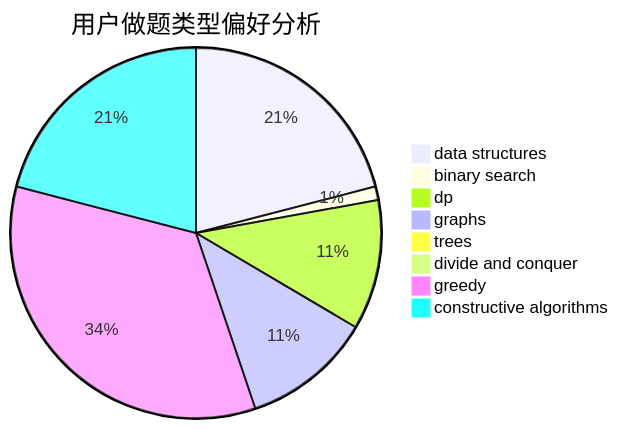
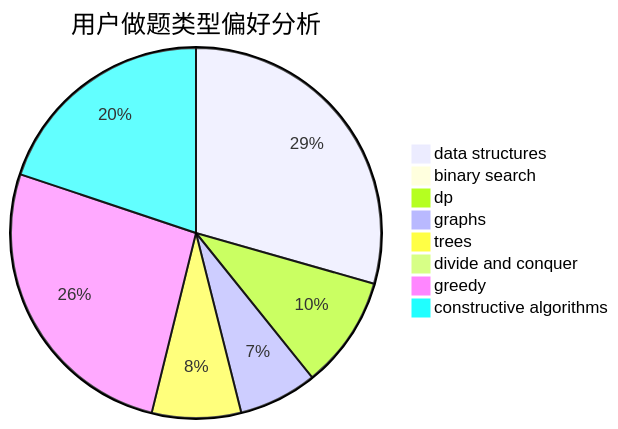
One commit to sherpahu/cfrs.github.io changed the second of 3 diagrams in docs/user/u880.md. Above: the diagram before and after it, drawn with Mermaid. The commit also changed other lines of this file and 2770 other files, not shown here.

````diff
--- a/docs/user/u880.md
+++ b/docs/user/u880.md
@@ -23,11 +23,11 @@
 ```mermaid
 pie title 用户做题类型偏好分析
-    "data structures" :  283
-    "binary search" :  16
-    "dp" :  153
-    "graphs" :  153
-    "trees" :  2
+    "data structures" :  348
+    "binary search" :  8
+    "dp" :  116
+    "graphs" :  81
+    "trees" :  92
     "divide and conquer" :  0
-    "greedy" :  462
-    "constructive algorithms" :  283
+    "greedy" :  311
+    "constructive algorithms" :  235
 ```
````
